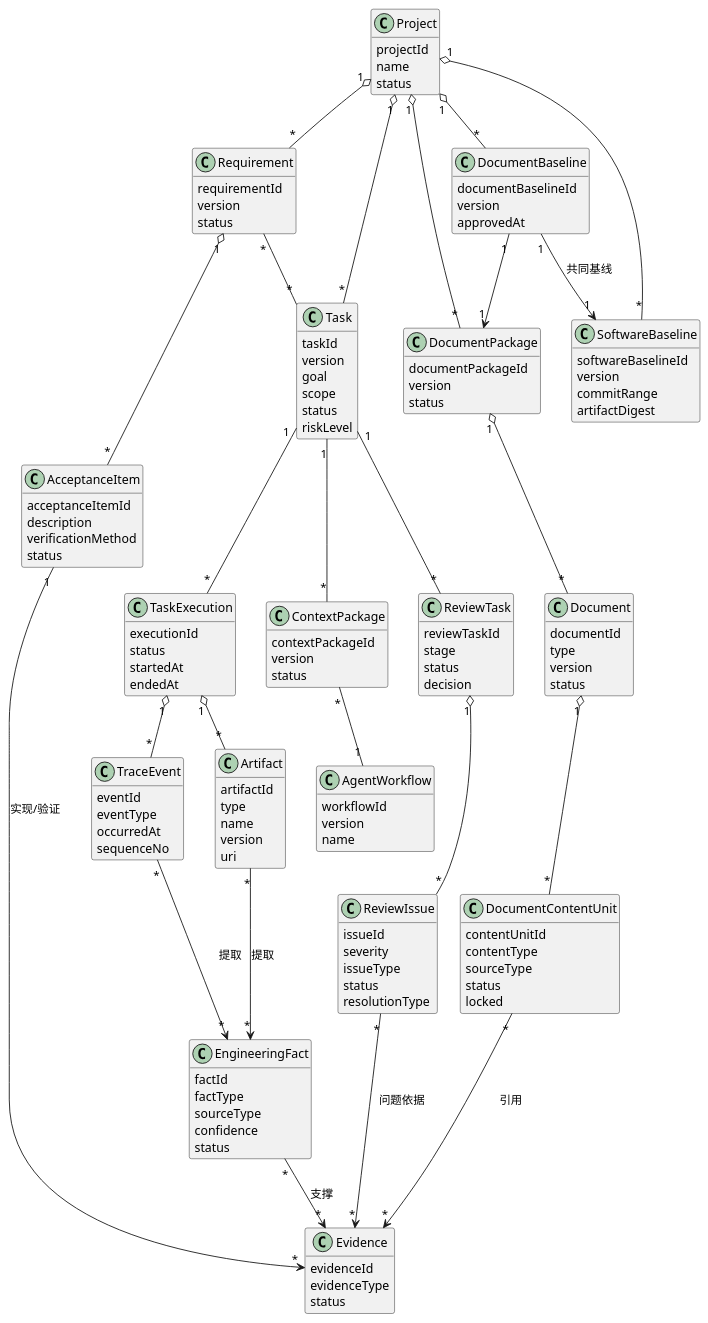
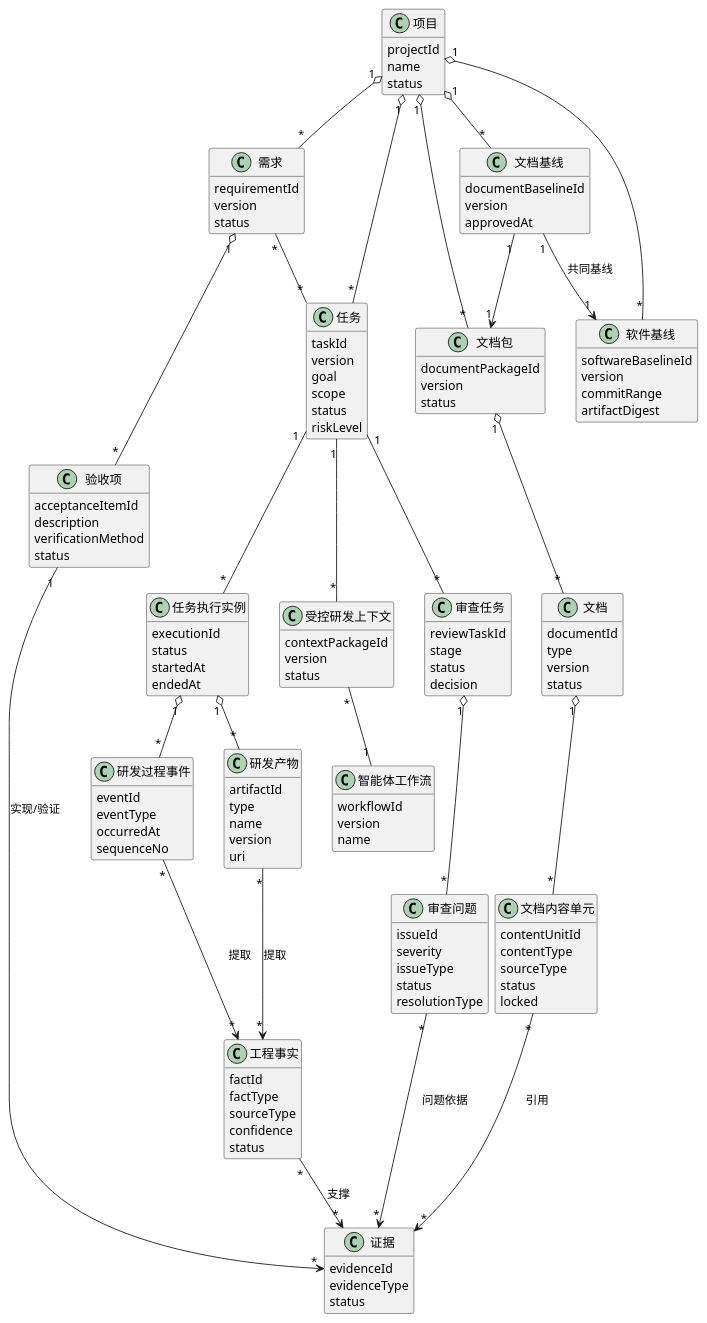
The fifth of 7 diagrams in 云端治理与本地智能研发协同平台_UseCase与UML.md (edwinyao121/ai-rjgc), drawn with PlantUML before and after one commit. The commit also changed other lines of this file, not shown here.

```diff
--- a/云端治理与本地智能研发协同平台_UseCase与UML.md
+++ b/云端治理与本地智能研发协同平台_UseCase与UML.md
@@ -542,26 +542,26 @@
 hide methods
 skinparam classAttributeIconSize 0
 
-class Project {
+class "项目" as Project {
   projectId
   name
   status
 }
 
-class Requirement {
+class "需求" as Requirement {
   requirementId
   version
   status
 }
 
-class AcceptanceItem {
+class "验收项" as AcceptanceItem {
   acceptanceItemId
   description
   verificationMethod
   status
 }
 
-class Task {
+class "任务" as Task {
   taskId
   version
   goal
@@ -570,33 +570,33 @@
   riskLevel
 }
 
-class ContextPackage {
+class "受控研发上下文" as ContextPackage {
   contextPackageId
   version
   status
 }
 
-class AgentWorkflow {
+class "智能体工作流" as AgentWorkflow {
   workflowId
   version
   name
 }
 
-class TaskExecution {
+class "任务执行实例" as TaskExecution {
   executionId
   status
   startedAt
   endedAt
 }
 
-class TraceEvent {
+class "研发过程事件" as TraceEvent {
   eventId
   eventType
   occurredAt
   sequenceNo
 }
 
-class Artifact {
+class "研发产物" as Artifact {
   artifactId
   type
   name
@@ -604,7 +604,7 @@
   uri
 }
 
-class EngineeringFact {
+class "工程事实" as EngineeringFact {
   factId
   factType
   sourceType
@@ -612,20 +612,20 @@
   status
 }
 
-class Evidence {
+class "证据" as Evidence {
   evidenceId
   evidenceType
   status
 }
 
-class ReviewTask {
+class "审查任务" as ReviewTask {
   reviewTaskId
   stage
   status
   decision
 }
 
-class ReviewIssue {
+class "审查问题" as ReviewIssue {
   issueId
   severity
   issueType
@@ -633,20 +633,20 @@
   resolutionType
 }
 
-class DocumentPackage {
+class "文档包" as DocumentPackage {
   documentPackageId
   version
   status
 }
 
-class Document {
+class "文档" as Document {
   documentId
   type
   version
   status
 }
 
-class DocumentContentUnit {
+class "文档内容单元" as DocumentContentUnit {
   contentUnitId
   contentType
   sourceType
@@ -654,14 +654,14 @@
   locked
 }
 
-class SoftwareBaseline {
+class "软件基线" as SoftwareBaseline {
   softwareBaselineId
   version
   commitRange
   artifactDigest
 }
 
-class DocumentBaseline {
+class "文档基线" as DocumentBaseline {
   documentBaselineId
   version
   approvedAt
```
